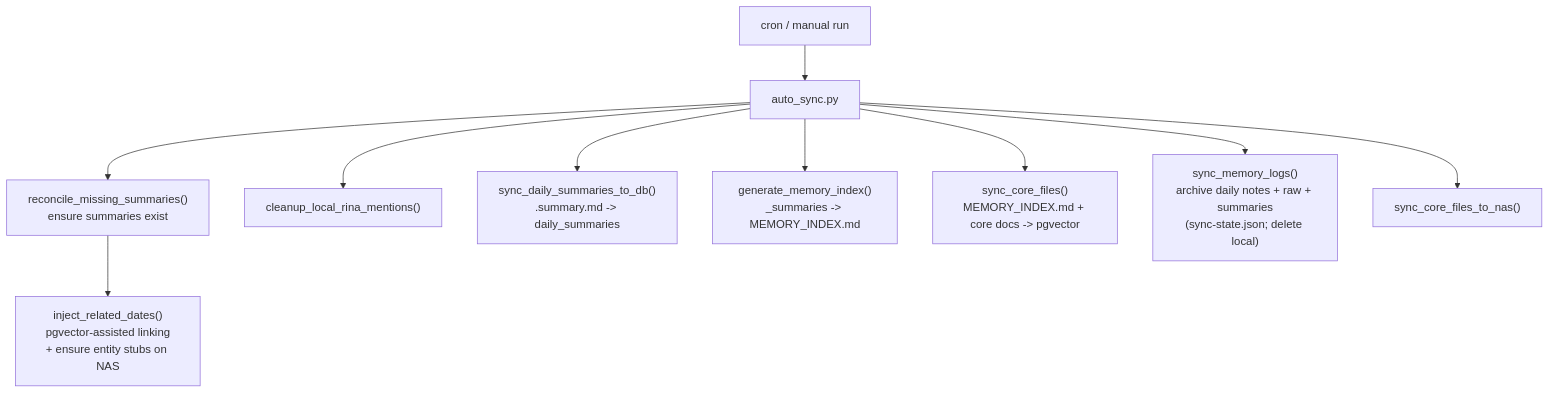
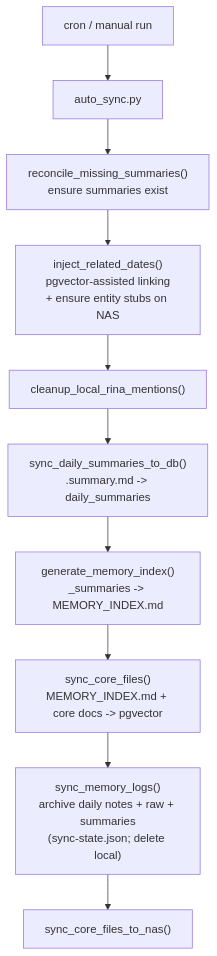
Before and after one commit to nouverse-tech/nouva-mcp-server: the second of 4 diagrams in src/skills/memory_engine/ARCHITECTURE.md, drawn with Mermaid.

Commit message:
docs(memory-engine): correct flowchart direction in architecture doc
Adjust the Mermaid workflow diagram in ARCHITECTURE.md to show the proper sequential workflow starting after S1b, instead of having all subsequent tasks directly connected to the AS root node.

````diff
--- a/src/skills/memory_engine/ARCHITECTURE.md
+++ b/src/skills/memory_engine/ARCHITECTURE.md
@@ -115,14 +115,13 @@
 ```mermaid
 flowchart TD
   CRON["cron / manual run"] --> AS["auto_sync.py"]
 
   AS --> S1["reconcile_missing_summaries()\nensure summaries exist"]
   S1 --> S1b["inject_related_dates()\npgvector-assisted linking\n+ ensure entity stubs on NAS"]
-
-  AS --> S2["cleanup_local_rina_mentions()"]
-  AS --> S3["sync_daily_summaries_to_db()\n.summary.md -> daily_summaries"]
-  AS --> S4["generate_memory_index()\n_summaries -> MEMORY_INDEX.md"]
-  AS --> S5["sync_core_files()\nMEMORY_INDEX.md + core docs -> pgvector"]
-  AS --> S6["sync_memory_logs()\narchive daily notes + raw + summaries\n(sync-state.json; delete local)"]
-  AS --> S7["sync_core_files_to_nas()"]
+  S1b --> S2["cleanup_local_rina_mentions()"]
+  S2 --> S3["sync_daily_summaries_to_db()\n.summary.md -> daily_summaries"]
+  S3 --> S4["generate_memory_index()\n_summaries -> MEMORY_INDEX.md"]
+  S4 --> S5["sync_core_files()\nMEMORY_INDEX.md + core docs -> pgvector"]
+  S5 --> S6["sync_memory_logs()\narchive daily notes + raw + summaries\n(sync-state.json; delete local)"]
+  S6 --> S7["sync_core_files_to_nas()"]
 ```
````
